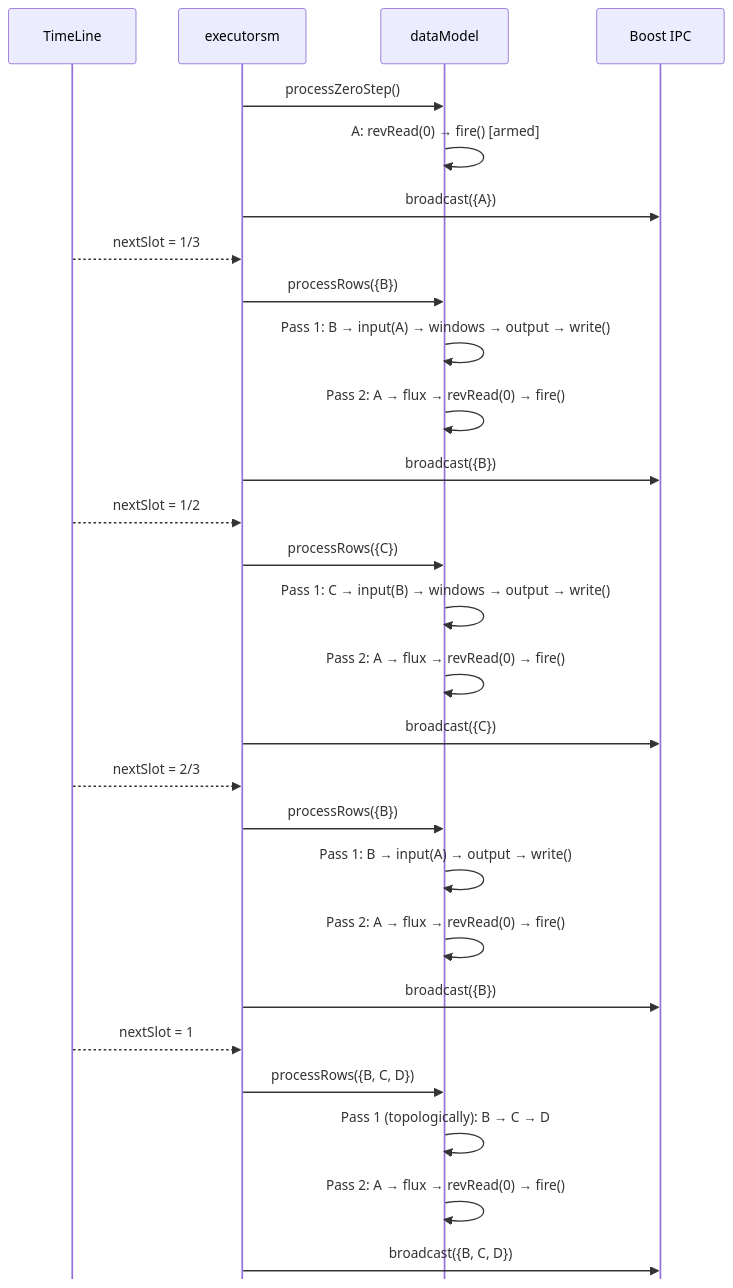
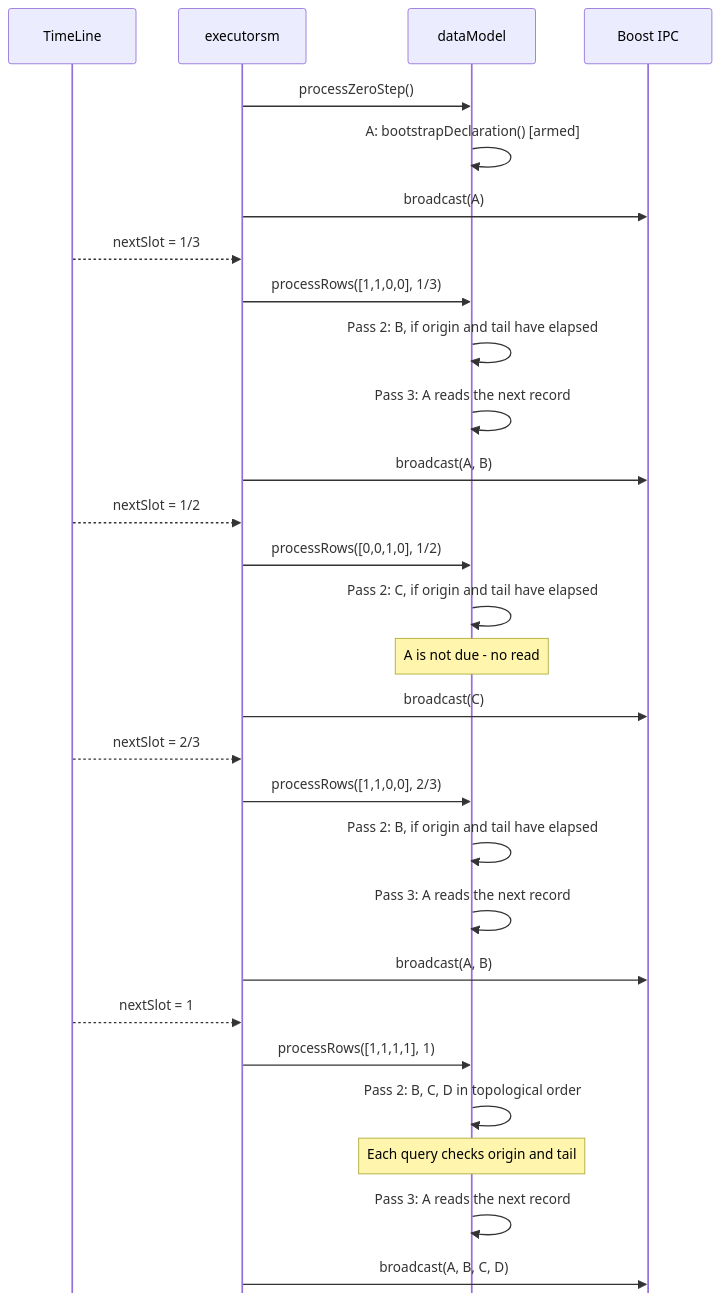
One commit to michalwidera/documentation-rdb changed the sixth of 6 diagrams in query-execution/query-tree-traversal-algorithm.md. Above: the diagram before and after it, drawn with Mermaid. The commit also changed other lines of this file and 4 other files, not shown here.

````diff
--- a/query-execution/query-tree-traversal-algorithm.md
+++ b/query-execution/query-tree-traversal-algorithm.md
@@ -206,38 +209,39 @@
 ```mermaid
 %% pdf-width: 85%
 %% pdf-height: 65%
 %%{init: {"markdownAutoWrap": false, "sequence": {"mirrorActors": false, "messageMargin": 22, "boxMargin": 6}}}%%
 sequenceDiagram
     participant TL as TimeLine
     participant ES as executorsm
     participant DM as dataModel
     participant IPC as Boost IPC
 
     ES->>DM: processZeroStep()
-    DM->>DM: A: revRead(0) → fire() [armed]
-    ES->>IPC: broadcast({A})
+    DM->>DM: A: bootstrapDeclaration() [armed]
+    ES->>IPC: broadcast(A)
 
     TL-->>ES: nextSlot = 1/3
-    ES->>DM: processRows({B})
-    DM->>DM: Pass 1: B → input(A) → windows → output → write()
-    DM->>DM: Pass 2: A → flux → revRead(0) → fire()
-    ES->>IPC: broadcast({B})
+    ES->>DM: processRows([1,1,0,0], 1/3)
+    DM->>DM: Pass 2: B, if origin and tail have elapsed
+    DM->>DM: Pass 3: A reads the next record
+    ES->>IPC: broadcast(A, B)
 
     TL-->>ES: nextSlot = 1/2
-    ES->>DM: processRows({C})
-    DM->>DM: Pass 1: C → input(B) → windows → output → write()
-    DM->>DM: Pass 2: A → flux → revRead(0) → fire()
-    ES->>IPC: broadcast({C})
+    ES->>DM: processRows([0,0,1,0], 1/2)
+    DM->>DM: Pass 2: C, if origin and tail have elapsed
+    Note over DM: A is not due - no read
+    ES->>IPC: broadcast(C)
 
     TL-->>ES: nextSlot = 2/3
-    ES->>DM: processRows({B})
-    DM->>DM: Pass 1: B → input(A) → output → write()
-    DM->>DM: Pass 2: A → flux → revRead(0) → fire()
-    ES->>IPC: broadcast({B})
+    ES->>DM: processRows([1,1,0,0], 2/3)
+    DM->>DM: Pass 2: B, if origin and tail have elapsed
+    DM->>DM: Pass 3: A reads the next record
+    ES->>IPC: broadcast(A, B)
 
     TL-->>ES: nextSlot = 1
-    ES->>DM: processRows({B, C, D})
-    DM->>DM: Pass 1 (topologically): B → C → D
-    DM->>DM: Pass 2: A → flux → revRead(0) → fire()
-    ES->>IPC: broadcast({B, C, D})
+    ES->>DM: processRows([1,1,1,1], 1)
+    DM->>DM: Pass 2: B, C, D in topological order
+    Note over DM: Each query checks origin and tail
+    DM->>DM: Pass 3: A reads the next record
+    ES->>IPC: broadcast(A, B, C, D)
 ```
````
